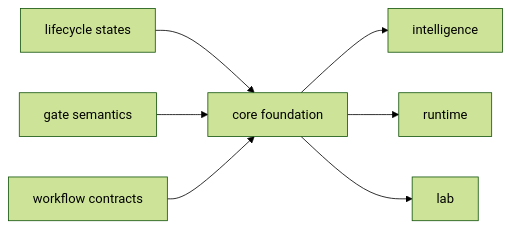
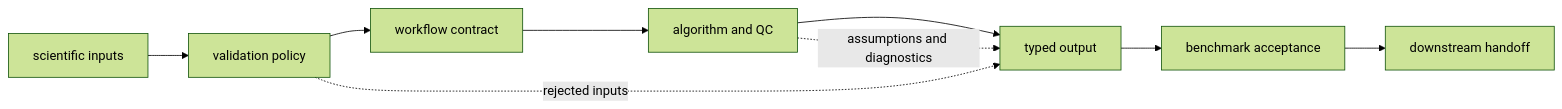
The first of 2 diagrams in docs/04-bijux-proteomics-core/foundation/index.md (bijux/bijux-proteomics), drawn with Mermaid (forest theme) before and after one commit. The commit also changed other lines of this file and 2 other files, not shown here.

Commit message:
docs(science): connect analysis contracts to runtime proof

````diff
--- a/docs/04-bijux-proteomics-core/foundation/index.md
+++ b/docs/04-bijux-proteomics-core/foundation/index.md
@@ -34,17 +20,11 @@
 ```mermaid
 flowchart LR
-    lifecycle["lifecycle states"]
-    gates["gate semantics"]
-    workflows["workflow contracts"]
-    core["core foundation"]
-    intelligence["intelligence"]
-    runtime["runtime"]
-    lab["lab"]
-
-    lifecycle --> core
-    gates --> core
-    workflows --> core
-    core --> intelligence
-    core --> runtime
-    core --> lab
+    I["scientific inputs"] --> V["validation policy"]
+    V --> W["workflow contract"]
+    W --> A["algorithm and QC"]
+    A --> O["typed output"]
+    O --> B["benchmark acceptance"]
+    B --> H["downstream handoff"]
+    V -. rejected inputs .-> O
+    A -. assumptions and diagnostics .-> O
 ```
````
